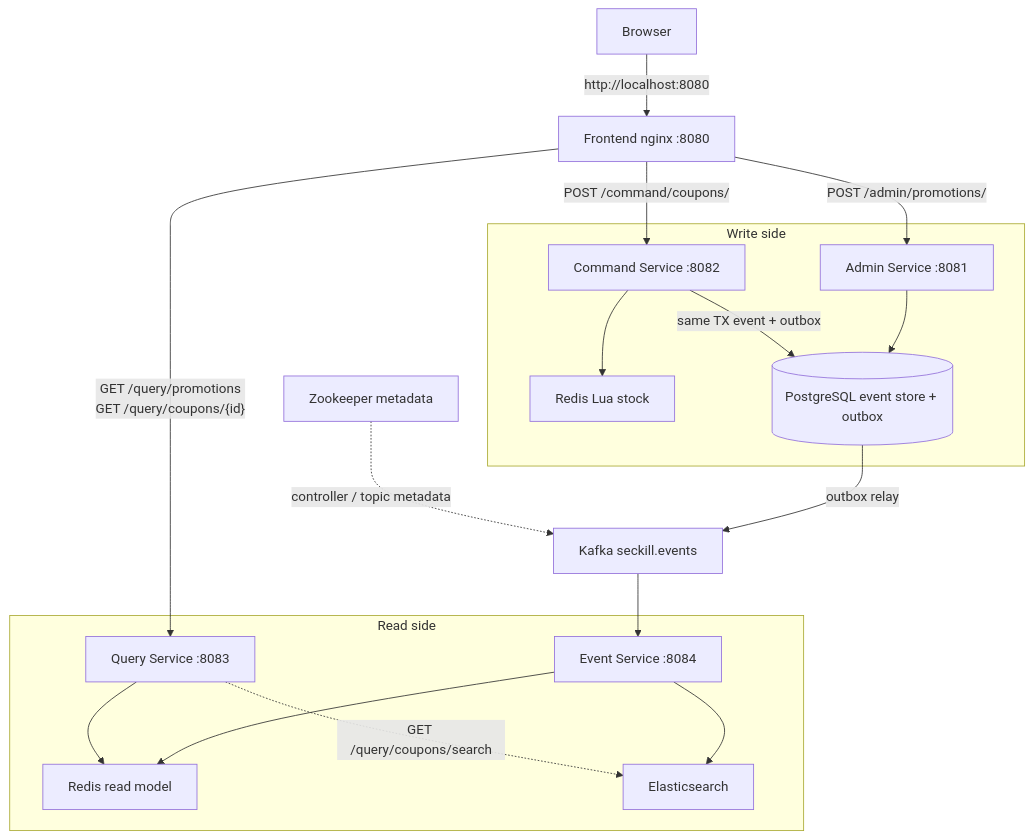
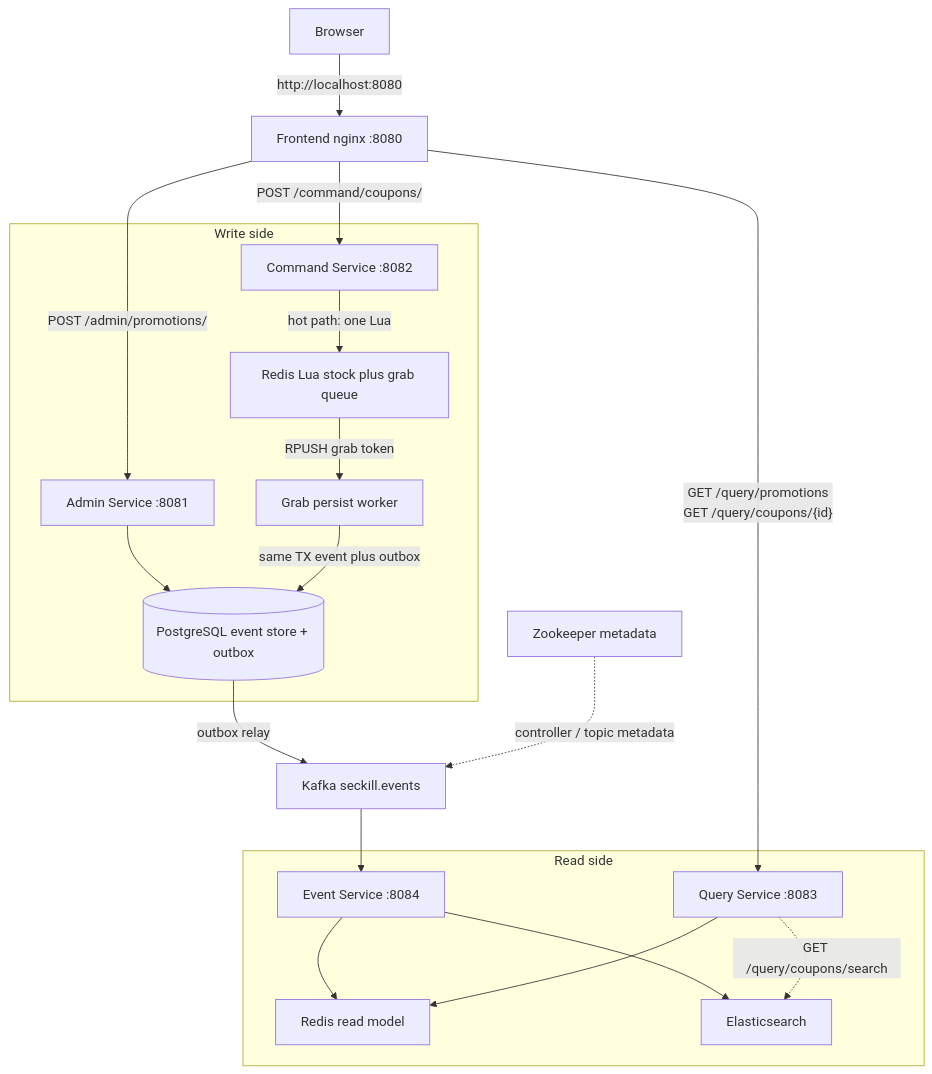
The first of 3 diagrams in README.md (fanqingsong/seckill), drawn with Mermaid before and after one commit. The commit also changed other lines of this file and 10 other files, not shown here.

First line of the commit message:
Move coupon persist off the grab hot path onto an async Redis queue worker.

````diff
--- a/README.md
+++ b/README.md
@@ -34,37 +34,39 @@
 ```mermaid
 flowchart TB
   User["Browser"]
   FE["Frontend nginx :8080"]
 
   subgraph writeSide["Write side"]
     Admin["Admin Service :8081"]
     Cmd["Command Service :8082"]
-    RedisHot["Redis Lua stock"]
+    RedisHot["Redis Lua stock plus grab queue"]
+    Worker["Grab persist worker"]
     PG[("PostgreSQL event store + outbox")]
   end
 
   Kafka["Kafka seckill.events"]
   ZK["Zookeeper metadata"]
 
   subgraph readSide["Read side"]
     Event["Event Service :8084"]
     Query["Query Service :8083"]
     RedisRead["Redis read model"]
     ES["Elasticsearch"]
   end
 
   User -->|"http://localhost:8080"| FE
   FE -->|"POST /admin/promotions/"| Admin
   FE -->|"POST /command/coupons/"| Cmd
   FE -->|"GET /query/promotions<br/>GET /query/coupons/{id}"| Query
   Admin --> PG
-  Cmd --> RedisHot
-  Cmd -->|"same TX event + outbox"| PG
+  Cmd -->|"hot path: one Lua"| RedisHot
+  RedisHot -->|"RPUSH grab token"| Worker
+  Worker -->|"same TX event plus outbox"| PG
   PG -->|"outbox relay"| Kafka
   ZK -.->|"controller / topic metadata"| Kafka
   Kafka --> Event
   Event --> RedisRead
   Event --> ES
   Query --> RedisRead
   Query -.->|"GET /query/coupons/search"| ES
 ```
````
